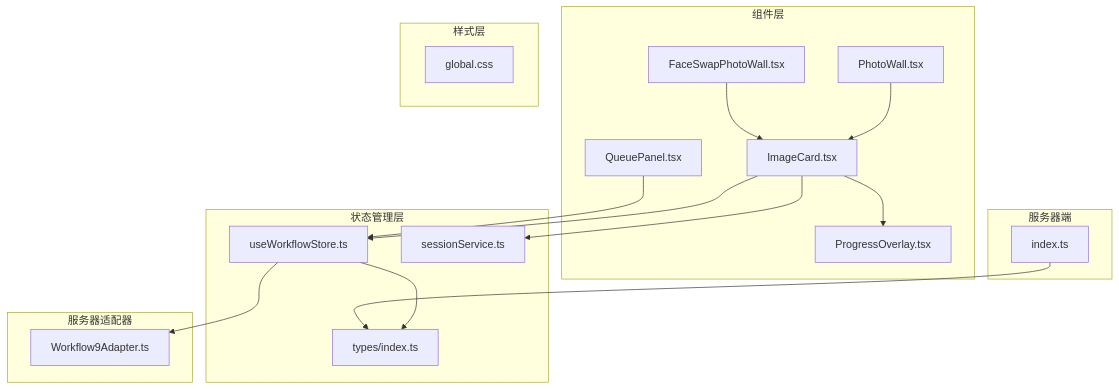
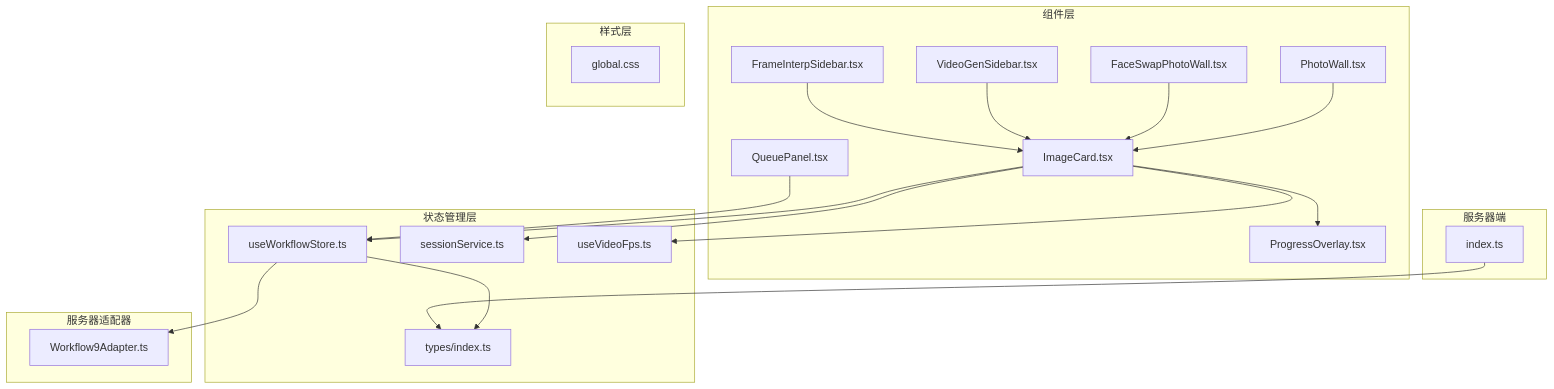
One commit to billye220670/CorineKit_Pix2Real changed the first of 11 diagrams in .qoder/repowiki/zh/content/用户界面组件/核心界面组件/图片卡片组件 (ImageCard)/图片卡片组件 (ImageCard).md. Above: the diagram before and after it, drawn with Mermaid. The commit also changed other lines of this file and 11 other files, not shown here.

````diff
--- a/.qoder/repowiki/zh/content/用户界面组件/核心界面组件/图片卡片组件 (ImageCard)/图片卡片组件 (ImageCard).md
+++ b/.qoder/repowiki/zh/content/用户界面组件/核心界面组件/图片卡片组件 (ImageCard)/图片卡片组件 (ImageCard).md
@@ -46,33 +51,39 @@
 ```mermaid
 graph TB
 subgraph "组件层"
 IC[ImageCard.tsx]
 PW[PhotoWall.tsx]
 FSPW[FaceSwapPhotoWall.tsx]
 PO[ProgressOverlay.tsx]
 QP[QueuePanel.tsx]
+VGS[VideoGenSidebar.tsx]
+FIS[FrameInterpSidebar.tsx]
 end
 subgraph "状态管理层"
 UWS[useWorkflowStore.ts]
 TS[types/index.ts]
 SS[sessionService.ts]
+UVF[useVideoFps.ts]
 end
 subgraph "服务器适配器"
 WA9[Workflow9Adapter.ts]
 end
 subgraph "样式层"
 GC[global.css]
 end
 subgraph "服务器端"
 SI[index.ts]
 end
 PW --> IC
 FSPW --> IC
 IC --> UWS
 IC --> PO
 IC --> SS
+IC --> UVF
 QP --> UWS
 UWS --> TS
 UWS --> WA9
 SI --> TS
+VGS --> IC
+FIS --> IC
 ```
````
